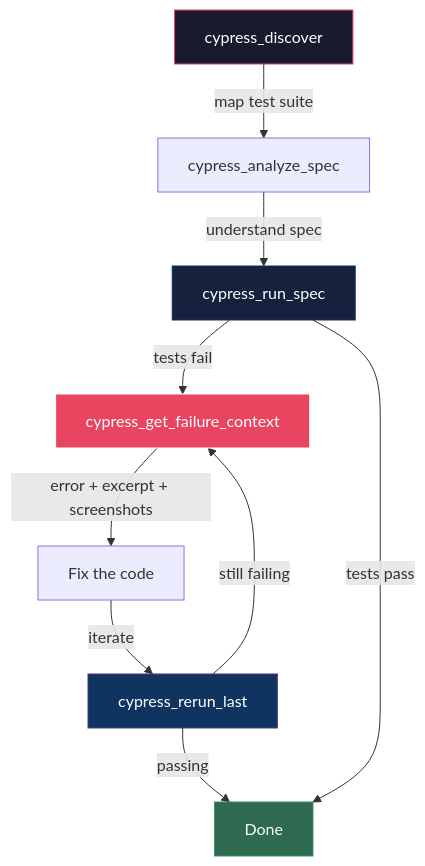
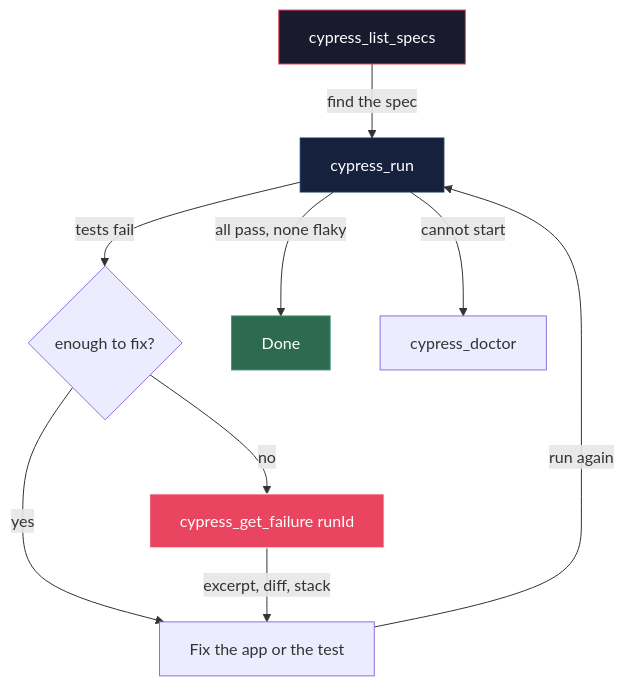
Before and after one commit to Daytonrad/cypress-mcp: the second of 2 diagrams in README.md, drawn with Mermaid. The commit also changed other lines of this file and 63 other files, not shown here.

````diff
--- a/README.md
+++ b/README.md
@@ -366,17 +394,16 @@
 ```mermaid
 graph TD
-    D[cypress_discover] -->|map test suite| E[cypress_analyze_spec]
-    E -->|understand spec| F[cypress_run_spec]
-    F -->|tests fail| G[cypress_get_failure_context]
-    G -->|error + excerpt + screenshots| H[Fix the code]
-    H -->|iterate| I[cypress_rerun_last]
-    I -->|still failing| G
-    I -->|passing| J[Done]
-    F -->|tests pass| J
+    L[cypress_list_specs] -->|find the spec| R[cypress_run]
+    R -->|tests fail| F{enough to fix?}
+    F -->|yes| X[Fix the app or the test]
+    F -->|no| G[cypress_get_failure runId]
+    G -->|excerpt, diff, stack| X
+    X -->|run again| R
+    R -->|all pass, none flaky| D[Done]
+    R -->|cannot start| H[cypress_doctor]
 
-    style D fill:#1a1a2e,stroke:#e94560,color:#fff
-    style F fill:#16213e,stroke:#0f3460,color:#fff
+    style L fill:#1a1a2e,stroke:#e94560,color:#fff
+    style R fill:#16213e,stroke:#0f3460,color:#fff
     style G fill:#e94560,stroke:#fff,color:#fff
-    style I fill:#0f3460,stroke:#533483,color:#fff
-    style J fill:#2d6a4f,stroke:#40916c,color:#fff
+    style D fill:#2d6a4f,stroke:#40916c,color:#fff
 ```
````
